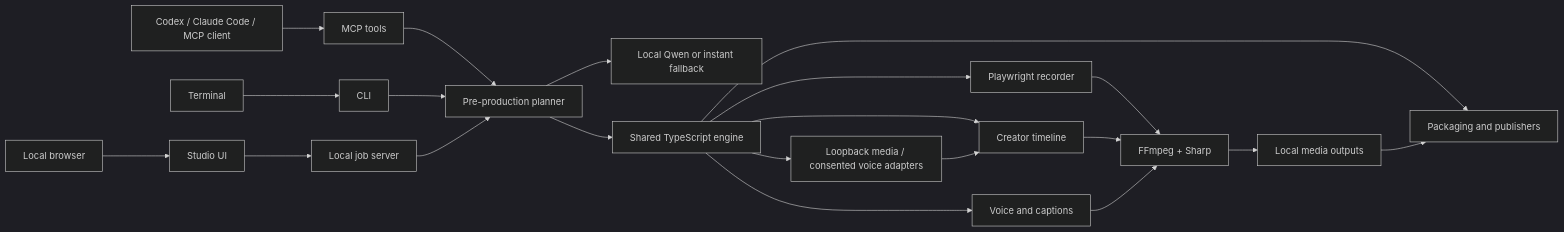
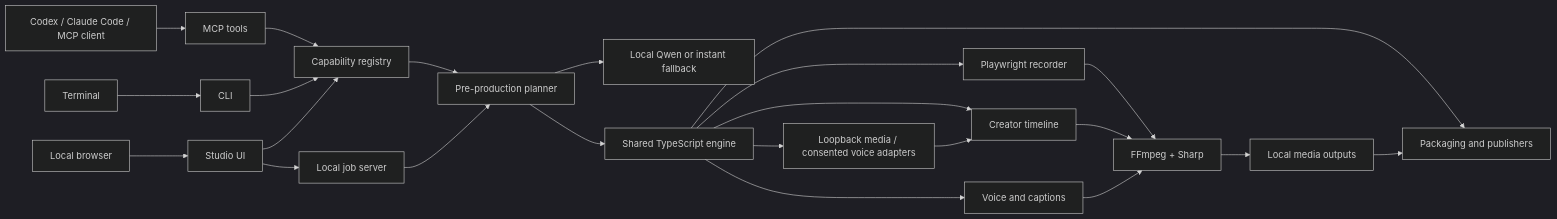
The diagram in docs/ARCHITECTURE.md (khajaaijaz26/agent-demo-studio), drawn with Mermaid (dark theme) before and after one commit. The commit also changed other lines of this file and 23 other files, not shown here.

Commit message:
feat: add capability-aware production planning

````diff
--- a/docs/ARCHITECTURE.md
+++ b/docs/ARCHITECTURE.md
@@ -5,23 +5,25 @@
 ```mermaid
 flowchart LR
   A[Codex / Claude Code / MCP client] --> M[MCP tools]
   B[Terminal] --> C[CLI]
   U[Local browser] --> S[Studio UI]
-  M --> Q[Pre-production planner]
-  C --> Q
+  M --> K[Capability registry]
+  C --> K
+  S --> K
+  K --> Q[Pre-production planner]
   Q --> L[Local Qwen or instant fallback]
   Q --> E[Shared TypeScript engine]
   S --> J[Local job server]
   J --> Q
   E --> R[Playwright recorder]
   E --> T[Creator timeline]
   E --> V[Voice and captions]
   E --> G[Loopback media / consented voice adapters]
   G --> T
   E --> P[Packaging and publishers]
   R --> F[FFmpeg + Sharp]
   T --> F
   V --> F
   F --> O[Local media outputs]
   O --> P
 ```
````
